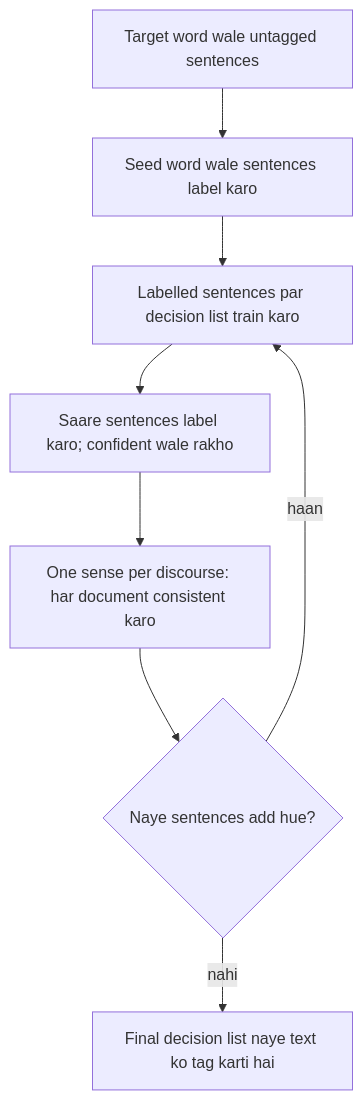
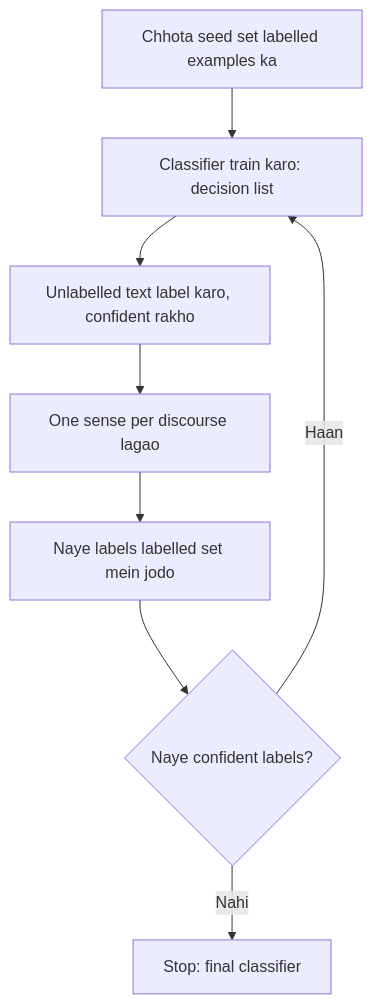
One commit to TrendySloth1001/sem-seven-notes changed the fifth of 6 diagrams in content/natural-language-processing/notes/word-sense-disambiguation.hi.mdx. Above: the diagram before and after it, drawn with Mermaid. The commit also changed other lines of this file and 406 other files, not shown here.

````diff
--- a/content/natural-language-processing/notes/word-sense-disambiguation.hi.mdx
+++ b/content/natural-language-processing/notes/word-sense-disambiguation.hi.mdx
@@ -416,11 +171,11 @@
 ```mermaid
-%% caption: Yarowsky ka bootstrapping loop. Kuch seed words kuch sentences label karte hain, decision list unse seekhti hai, aur confident naye labels wapas feed hote hain jab tak aur kuch add na ho.
+%% caption: Yarowsky loop. Labelled set har round badhta hai jab tak kuch naya confident na mile.
 flowchart TD
-  A["Target word wale untagged sentences"] --> B["Seed word wale sentences label karo"]
-  B --> C["Labelled sentences par decision list train karo"]
-  C --> D["Saare sentences label karo; confident wale rakho"]
-  D --> E["One sense per discourse: har document consistent karo"]
-  E --> F{"Naye sentences add hue?"}
-  F -->|"haan"| C
-  F -->|"nahi"| G["Final decision list naye text ko tag karti hai"]
+  A["Chhota seed set labelled examples ka"] --> B["Classifier train karo: decision list"]
+  B --> C["Unlabelled text label karo, confident rakho"]
+  C --> D["One sense per discourse lagao"]
+  D --> E["Naye labels labelled set mein jodo"]
+  E --> F{"Naye confident labels?"}
+  F -->|"Haan"| B
+  F -->|"Nahi"| G["Stop: final classifier"]
 ```
````
